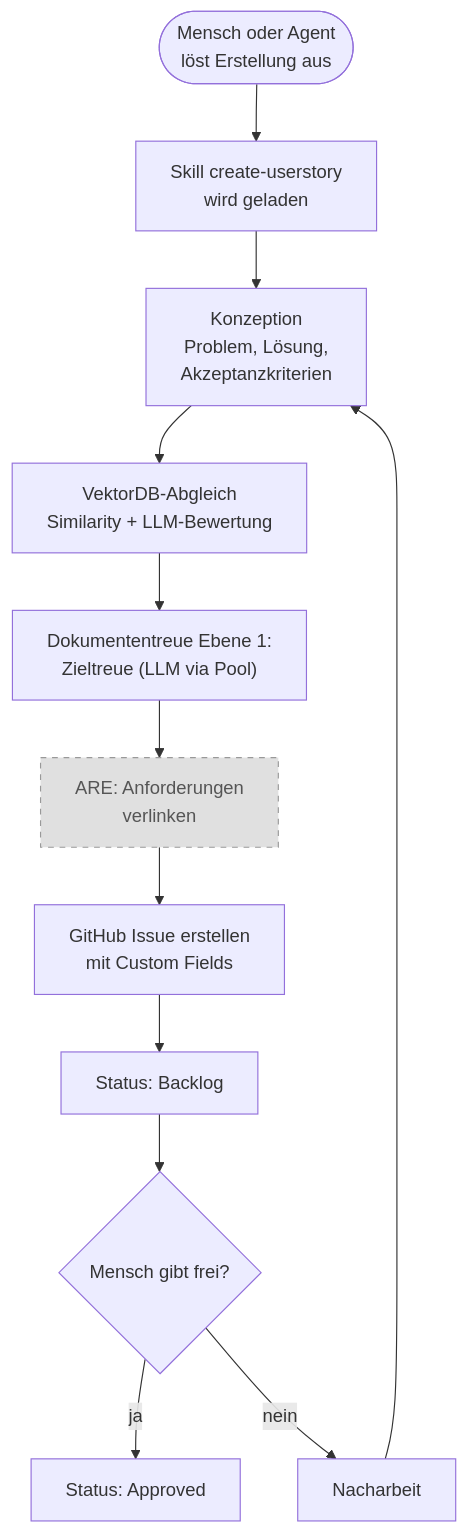
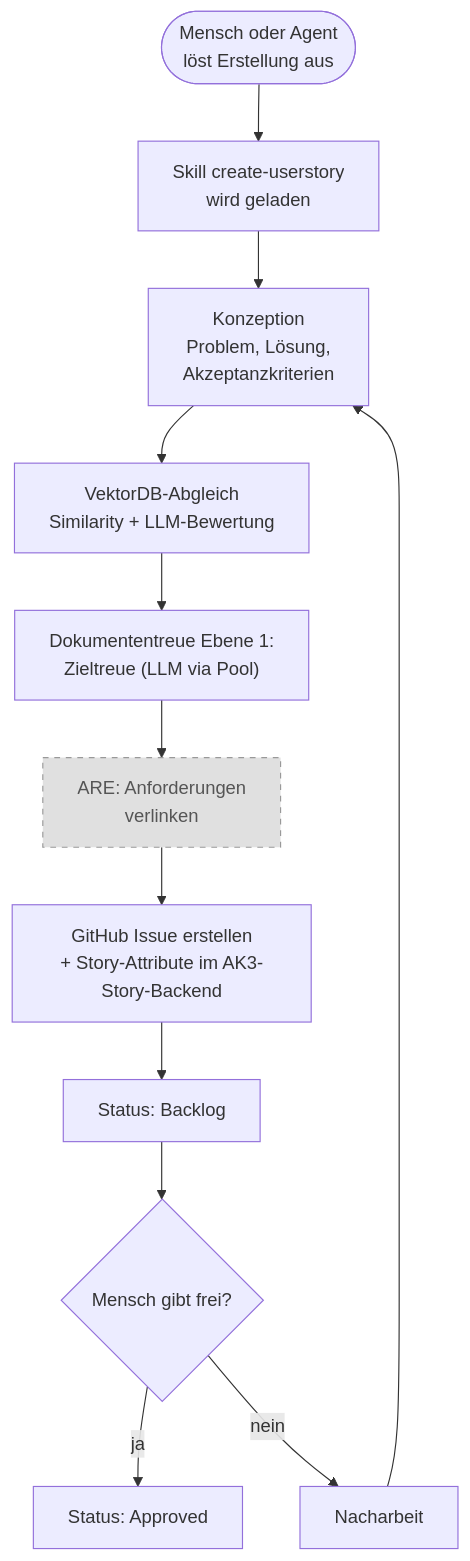
One commit to saltenhof/claude-agentkit3 changed the fourth of 4 diagrams in concept/technical-design/01_systemkontext_und_architekturprinzipien.md. Above: the diagram before and after it, drawn with Mermaid. The commit also changed other lines of this file and 28 other files, not shown here.

First line of the commit message:
Konzept-Cleanup: GitHub Projects komplett entfernen

````diff
--- a/concept/technical-design/01_systemkontext_und_architekturprinzipien.md
+++ b/concept/technical-design/01_systemkontext_und_architekturprinzipien.md
@@ -496,16 +497,16 @@
 ```mermaid
 flowchart TD
     classDef optional fill:#e0e0e0,stroke:#999,stroke-dasharray: 5 5,color:#555
 
     TRIGGER(["Mensch oder Agent<br/>löst Erstellung aus"]) --> SKILL
     SKILL["Skill create-userstory<br/>wird geladen"] --> KONZEPT
     KONZEPT["Konzeption<br/>Problem, Lösung,<br/>Akzeptanzkriterien"] --> VEKTORDB
     VEKTORDB["VektorDB-Abgleich<br/>Similarity + LLM-Bewertung"] --> ZIELTREUE
     ZIELTREUE["Dokumententreue Ebene 1:<br/>Zieltreue (LLM via Pool)"] --> ARE
     ARE["ARE: Anforderungen<br/>verlinken"]:::optional --> GITHUB
-    GITHUB["GitHub Issue erstellen<br/>mit Custom Fields"] --> BACKLOG
+    GITHUB["GitHub Issue erstellen<br/>+ Story-Attribute im AK3-Story-Backend"] --> BACKLOG
     BACKLOG["Status: Backlog"] --> FREIGABE
     FREIGABE{"Mensch gibt frei?"}
     FREIGABE -->|ja| FREI["Status: Approved"]
     FREIGABE -->|nein| REWORK["Nacharbeit"] --> KONZEPT
 ```
````
